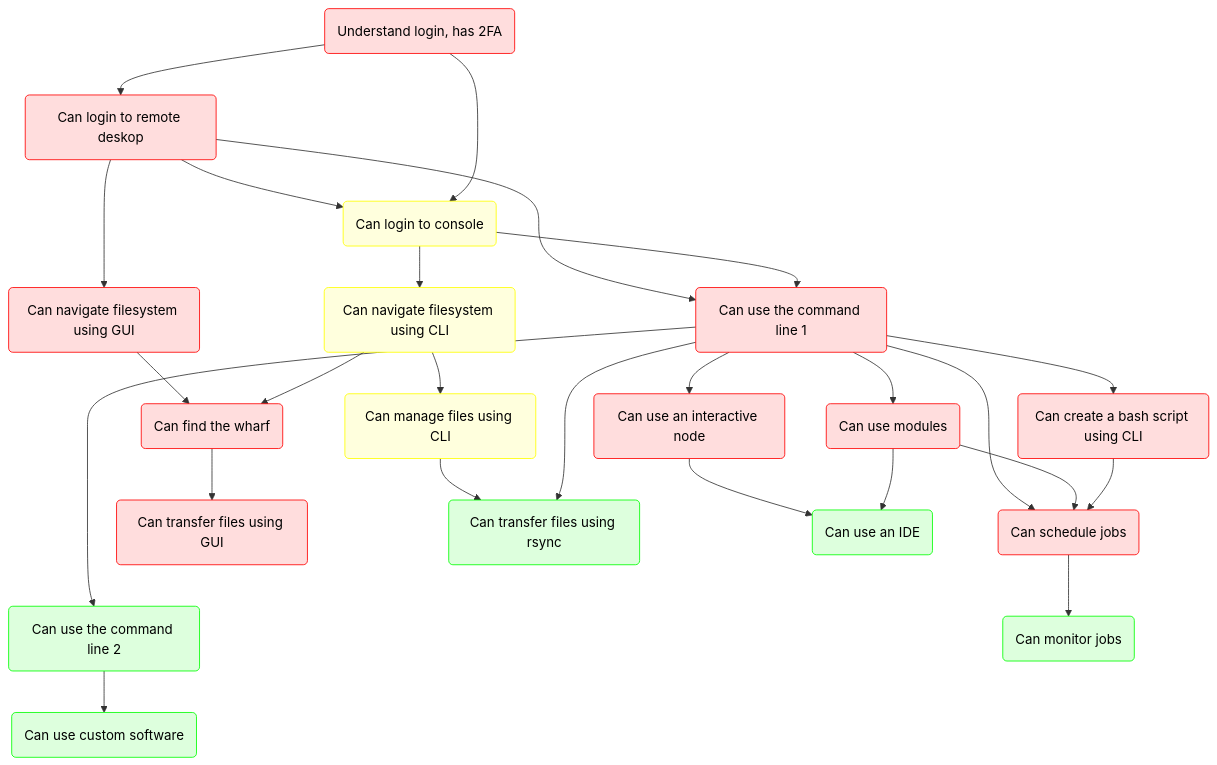
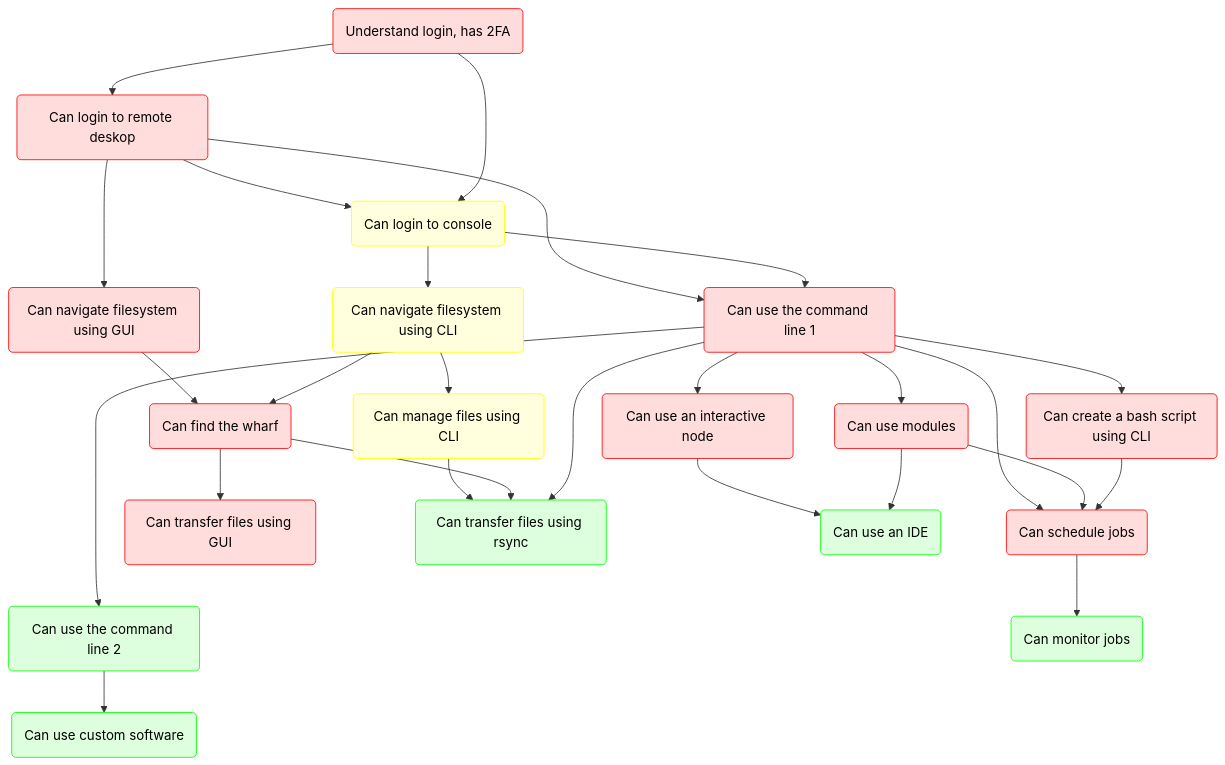
One commit to UPPMAX/bianca_workshop changed the diagram in docs/intro.md. Above: the diagram before and after it, drawn with Mermaid. The commit also changed 1 other file, not shown here.

Commit message:
Add edge

````diff
--- a/docs/intro.md
+++ b/docs/intro.md
@@ -77,72 +77,73 @@
 ```mermaid
 %% Direction is top->down
 flowchart TD
 
     %% Give a white background, instead of a transparent one
     classDef node fill:#fff,color:#000,stroke:#000
     classDef focus_node fill:#fff,color:#000,stroke:#000,stroke-width:4px
     classDef basic_node fill:#fdd,color:#000,stroke:#f00
     classDef basic_extra_node fill:#ffd,color:#000,stroke:#ff0
     classDef intermediate_node fill:#dfd,color:#000,stroke:#0f0
   
     %% subgraph sub_basic_use[Basic use of Bianca]
       understand_login(Understand login, has 2FA):::basic_node
       can_login_to_remove_desktop(Can login to remote deskop):::basic_node
       can_login_to_console(Can login to console):::basic_extra_node
       can_navigate_filesystem_using_gui(Can navigate filesystem using GUI):::basic_node
       can_navigate_filesystem_using_cli(Can navigate filesystem using CLI):::basic_extra_node
       can_find_wharf(Can find the wharf):::basic_node
       can_use_command_line_1(Can use the command line 1):::basic_node
       can_use_modules(Can use modules):::basic_node
       can_use_interactive_node(Can use an interactive node):::basic_node
       can_manage_files_using_cli(Can manage files using CLI):::basic_extra_node
       can_schedule_jobs(Can schedule jobs):::basic_node
       can_create_bash_script_using_cli(Can create a bash script using CLI):::basic_node
       can_tranfer_files_using_gui(Can transfer files using GUI):::basic_node
     %% end
     %% style sub_basic_use fill:#fcc,color:#000,stroke:#fcc
 
     %% subgraph sub_intermediate_use[Intermediate use of Bianca]
       can_tranfer_files_using_rsync(Can transfer files using rsync):::intermediate_node
       can_use_command_line_2(Can use the command line 2):::intermediate_node
       can_use_custom_software(Can use custom software):::intermediate_node
       can_monitor_jobs(Can monitor jobs):::intermediate_node
       can_use_ide(Can use an IDE):::intermediate_node
     %% end
     %% style sub_intermediate_use fill:#ffc,color:#000,stroke:#ffc
 
 
     %% Basic
     understand_login --> can_login_to_remove_desktop
     can_login_to_remove_desktop --> can_login_to_console
     can_login_to_remove_desktop --> can_use_command_line_1
     can_login_to_remove_desktop --> can_navigate_filesystem_using_gui
     can_navigate_filesystem_using_gui --> can_find_wharf
     can_login_to_console --> can_navigate_filesystem_using_cli
     can_navigate_filesystem_using_cli --> can_find_wharf
     can_find_wharf --> can_tranfer_files_using_gui
     understand_login --> can_login_to_console
     can_login_to_console --> can_use_command_line_1
     can_use_command_line_1 --> can_use_modules
     can_use_command_line_1 --> can_use_interactive_node
     can_use_command_line_1 --> can_use_command_line_2
     can_use_command_line_1 --> can_create_bash_script_using_cli
     can_use_command_line_1 --> can_schedule_jobs
     can_navigate_filesystem_using_cli --> can_manage_files_using_cli
     can_use_modules --> can_schedule_jobs
     can_create_bash_script_using_cli --> can_schedule_jobs
 
     %% Basic -> Intermediate
     can_manage_files_using_cli --> can_tranfer_files_using_rsync
+    can_find_wharf --> can_tranfer_files_using_rsync
     can_schedule_jobs --> can_monitor_jobs
     can_use_interactive_node --> can_use_ide
     can_use_modules --> can_use_ide
 
     %% Make sure Intermediate is below Basic,
     %% using invisible nodes
     can_schedule_jobs ~~~ can_use_command_line_2
 
     %% Intermediate
     can_use_command_line_1 --> can_tranfer_files_using_rsync
     can_use_command_line_2 --> can_use_custom_software
 ```
````
